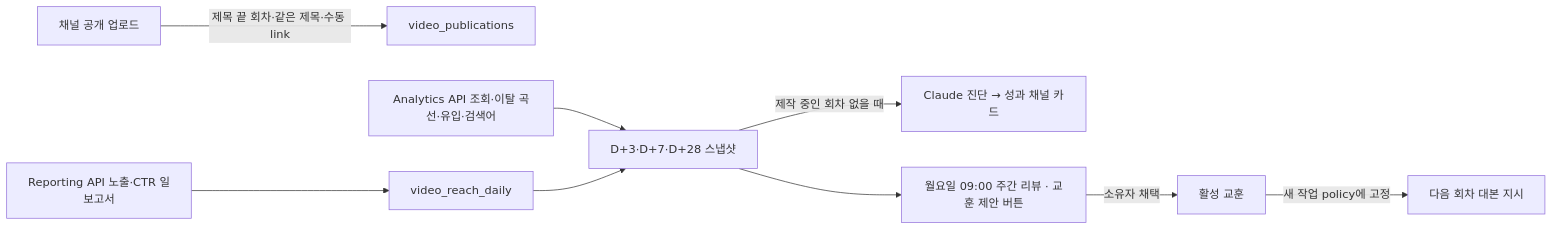
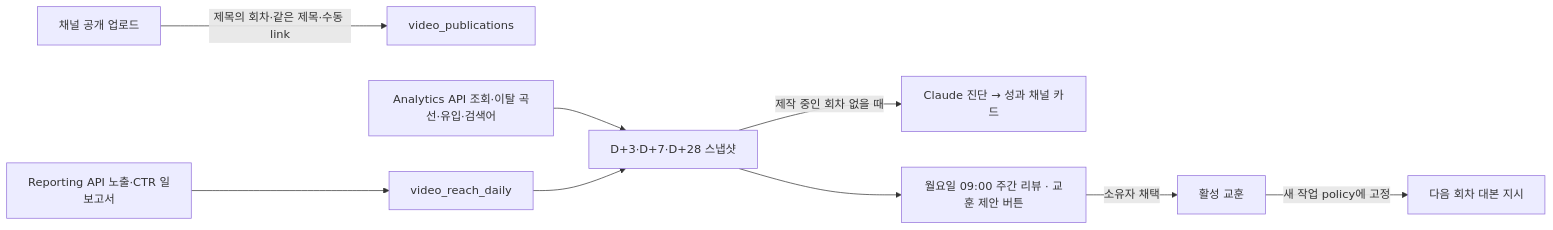
The second of 2 diagrams in docs/daily-video.md (JJongAchii/quant-ai-company), drawn with Mermaid before and after one commit. The commit also changed other lines of this file and 8 other files, not shown here.

````diff
--- a/docs/daily-video.md
+++ b/docs/daily-video.md
@@ -366,10 +368,10 @@
 ```mermaid
 flowchart LR
-    U[채널 공개 업로드] -->|제목 끝 회차·같은 제목·수동 link| P[video_publications]
+    U[채널 공개 업로드] -->|제목의 회차·같은 제목·수동 link| P[video_publications]
     R[Reporting API 노출·CTR 일보고서] --> D[video_reach_daily]
     A[Analytics API 조회·이탈 곡선·유입·검색어] --> S[D+3·D+7·D+28 스냅샷]
     D --> S
     S -->|제작 중인 회차 없을 때| C[Claude 진단 → 성과 채널 카드]
     S --> W[월요일 09:00 주간 리뷰 · 교훈 제안 버튼]
     W -->|소유자 채택| L[활성 교훈] -->|새 작업 policy에 고정| V[다음 회차 대본 지시]
 ```
````
